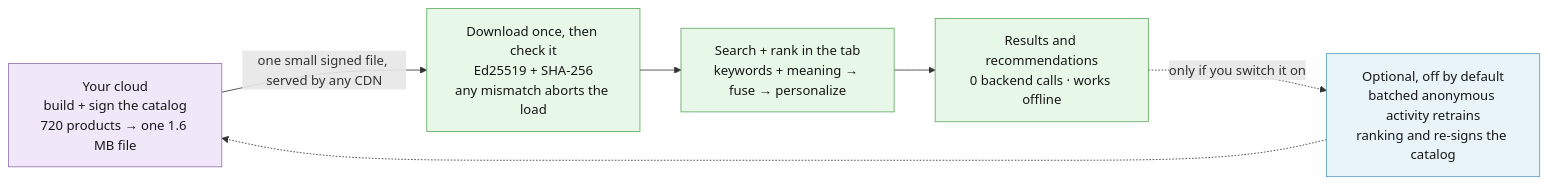
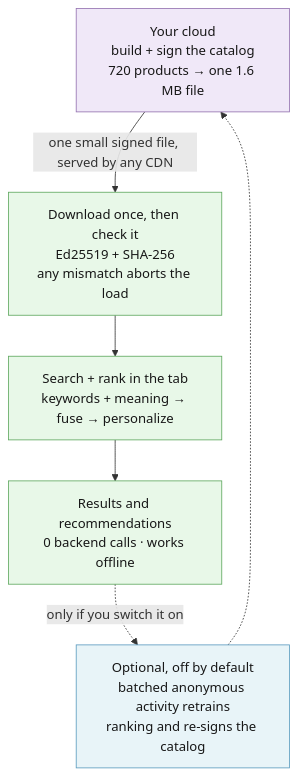
The diagram in README.md (hseshadr/edge-reco), drawn with Mermaid before and after one commit. The commit also changed 1 other file, not shown here.

Commit message:
docs: lay the README and DEPLOY flowcharts out top-down
Rendered on github.com and measured: the LR versions came back 981x301,
981x246 and 981x222 — 3.3:1 to 4.4:1, the same letterbox shape that made the
d2 SVGs unreadable, and wide enough that GitHub's own zoom-control cluster
sat on top of the last box. Top-down puts them at a readable width inside the
~1000px column with nothing overlapping.

Claude-Session: https://claude.ai/code/session_0186xrrT9mYfCZTVkk8HN12p

````diff
--- a/README.md
+++ b/README.md
@@ -198,20 +198,20 @@
 ```mermaid
-flowchart LR
+flowchart TB
   build["Your cloud<br>build + sign the catalog<br>720 products → one 1.6 MB file"]
   sync["Download once, then check it<br>Ed25519 + SHA-256<br>any mismatch aborts the load"]
   engine["Search + rank in the tab<br>keywords + meaning → fuse → personalize"]
   recs["Results and recommendations<br>0 backend calls · works offline"]
   learn["Optional, off by default<br>batched anonymous activity retrains<br>ranking and re-signs the catalog"]
 
   build -->|"one small signed file, served by any CDN"| sync
   sync --> engine --> recs
   recs -.->|"only if you switch it on"| learn
   learn -.-> build
 
   classDef cloud fill:#f0e8f8,stroke:#9472b0,color:#171717;
   classDef device fill:#e8f8e8,stroke:#5fa85f,color:#171717;
   classDef opt fill:#e8f4f8,stroke:#5b9bbf,color:#171717;
   class build cloud;
   class sync,engine,recs device;
   class learn opt;
 ```
````
